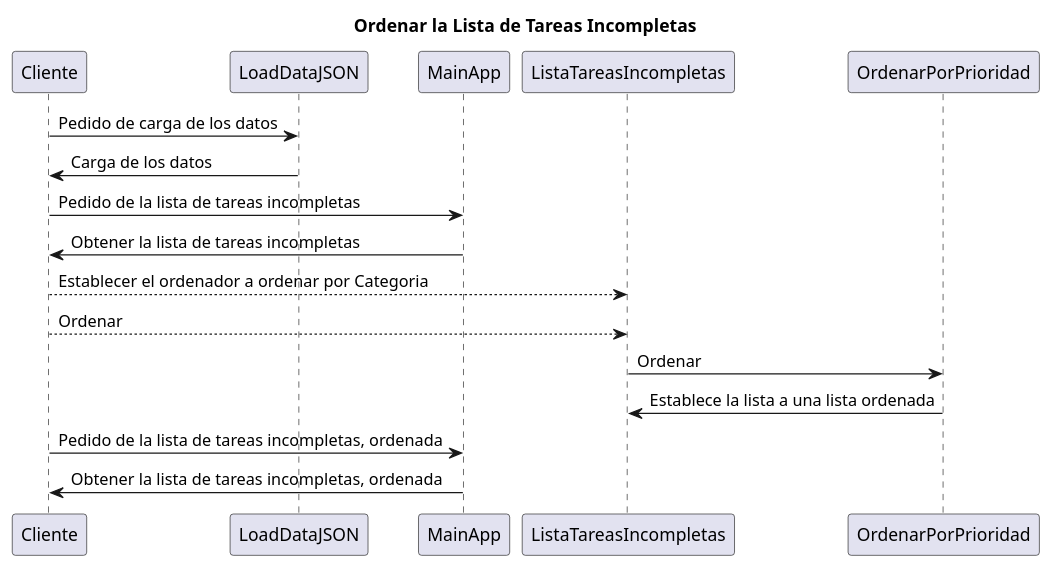
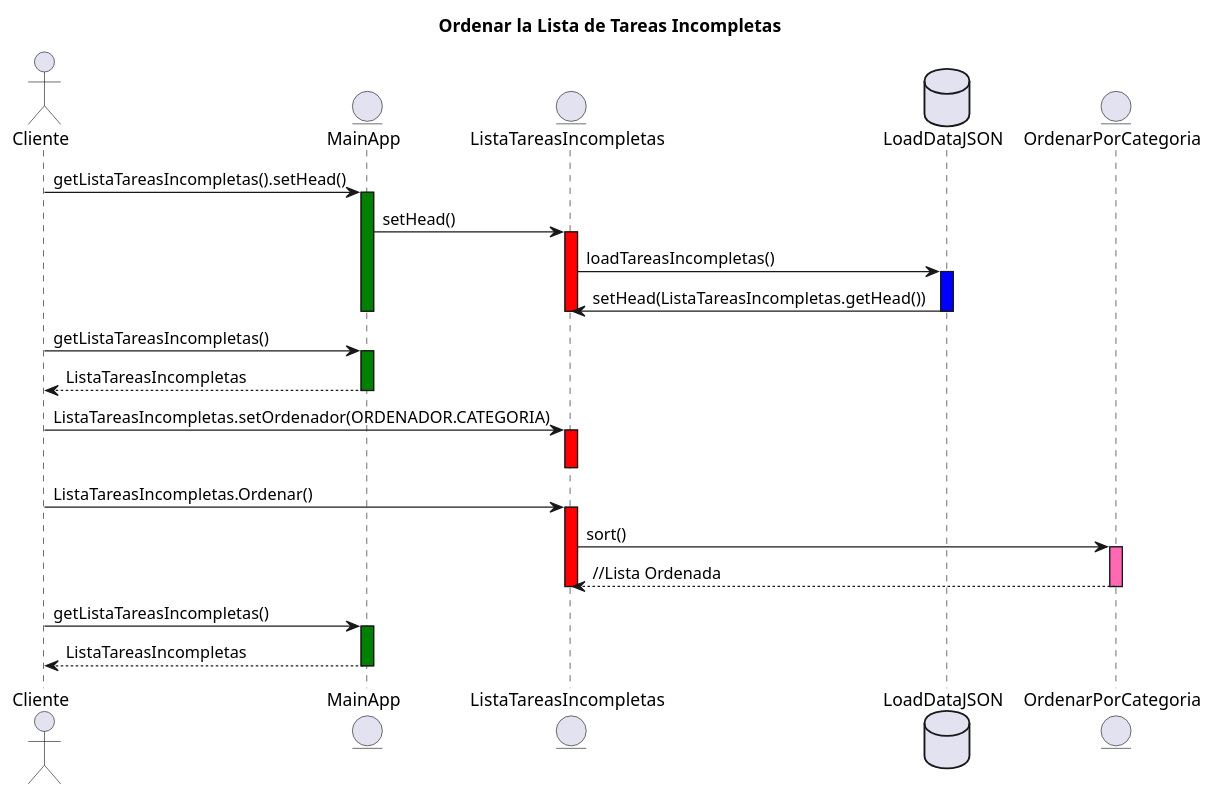
The diagram in docs/diagramas/diagramas de sequencia/ordenarLaLista.puml (marketitos/TP-Task_Grupo7), drawn with PlantUML before and after one commit. The commit also changed 3 other files, not shown here.

First line of the commit message:
Diagramas de Sequencia V2

```diff
--- a/docs/diagramas/diagramas de sequencia/ordenarLaLista.puml
+++ b/docs/diagramas/diagramas de sequencia/ordenarLaLista.puml
@@ -1,13 +1,34 @@
 @startuml Ordenar la Lista de Tareas Incompletas
 title Ordenar la Lista de Tareas Incompletas
-Cliente -> LoadDataJSON: Pedido de carga de los datos
-LoadDataJSON -> Cliente: Carga de los datos
-Cliente -> MainApp: Pedido de la lista de tareas incompletas
-MainApp -> Cliente: Obtener la lista de tareas incompletas
-Cliente --> ListaTareasIncompletas: Establecer el ordenador a ordenar por Categoria
-Cliente --> ListaTareasIncompletas: Ordenar
-ListaTareasIncompletas -> OrdenarPorPrioridad: Ordenar
-OrdenarPorPrioridad -> ListaTareasIncompletas: Establece la lista a una lista ordenada
-Cliente -> MainApp: Pedido de la lista de tareas incompletas, ordenada
-MainApp -> Cliente: Obtener la lista de tareas incompletas, ordenada
+actor Cliente
+entity MainApp
+entity ListaTareasIncompletas
+database LoadDataJSON
+entity OrdenarPorCategoria
+Cliente -> MainApp: getListaTareasIncompletas().setHead()
+activate MainApp #Green
+MainApp -> ListaTareasIncompletas: setHead()
+activate ListaTareasIncompletas #Red
+ListaTareasIncompletas -> LoadDataJSON: loadTareasIncompletas()
+activate LoadDataJSON #blue
+LoadDataJSON -> ListaTareasIncompletas: setHead(ListaTareasIncompletas.getHead())
+deactivate LoadDataJSON
+deactivate ListaTareasIncompletas
+deactivate MainApp
+Cliente -> MainApp: getListaTareasIncompletas()
+activate MainApp #Green
+return ListaTareasIncompletas
+Cliente->ListaTareasIncompletas: ListaTareasIncompletas.setOrdenador(ORDENADOR.CATEGORIA)
+activate ListaTareasIncompletas #Red
+deactivate ListaTareasIncompletas
+Cliente->ListaTareasIncompletas: ListaTareasIncompletas.Ordenar()
+activate ListaTareasIncompletas #Red
+ListaTareasIncompletas->OrdenarPorCategoria: sort()
+activate OrdenarPorCategoria #HotPink
+return //Lista Ordenada
+deactivate OrdenarPorCategoria
+Deactivate ListaTareasIncompletas
+Cliente -> MainApp: getListaTareasIncompletas()
+activate MainApp #Green
+return ListaTareasIncompletas
 @enduml
```
